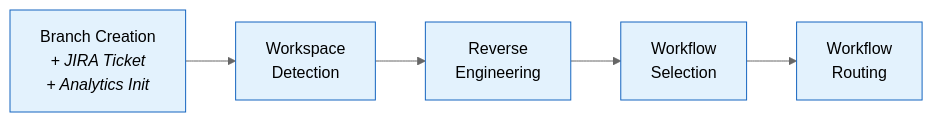
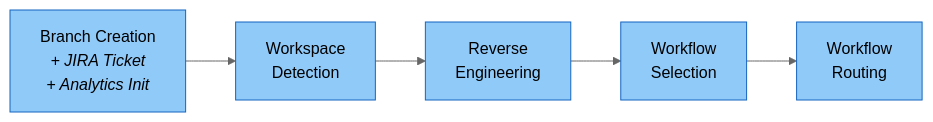
Before and after one commit to premkumarjanagarajan/fluid-flow-ai: the first of 3 diagrams in docs/WORKFLOWS.md, drawn with Mermaid (neutral theme). The commit also changed other lines of this file and 12 other files, not shown here.

First line of the commit message:
Update Mermaid diagram styles for dark and light theme compatibility

````diff
--- a/docs/WORKFLOWS.md
+++ b/docs/WORKFLOWS.md
@@ -20,10 +20,10 @@
 ```mermaid
 flowchart LR
     S1["Branch Creation<br/><i>+ JIRA Ticket<br/>+ Analytics Init</i>"] --> S2["Workspace<br/>Detection"] --> S3["Reverse<br/>Engineering"] --> S4["Workflow<br/>Selection"] --> S5["Workflow<br/>Routing"]
 
-    style S1 fill:#E3F2FD,stroke:#1565C0,color:#000
-    style S2 fill:#E3F2FD,stroke:#1565C0,color:#000
-    style S3 fill:#E3F2FD,stroke:#1565C0,color:#000
-    style S4 fill:#E3F2FD,stroke:#1565C0,color:#000
-    style S5 fill:#E3F2FD,stroke:#1565C0,color:#000
+    style S1 fill:#90CAF9,stroke:#1565C0
+    style S2 fill:#90CAF9,stroke:#1565C0
+    style S3 fill:#90CAF9,stroke:#1565C0
+    style S4 fill:#90CAF9,stroke:#1565C0
+    style S5 fill:#90CAF9,stroke:#1565C0
 ```
````
